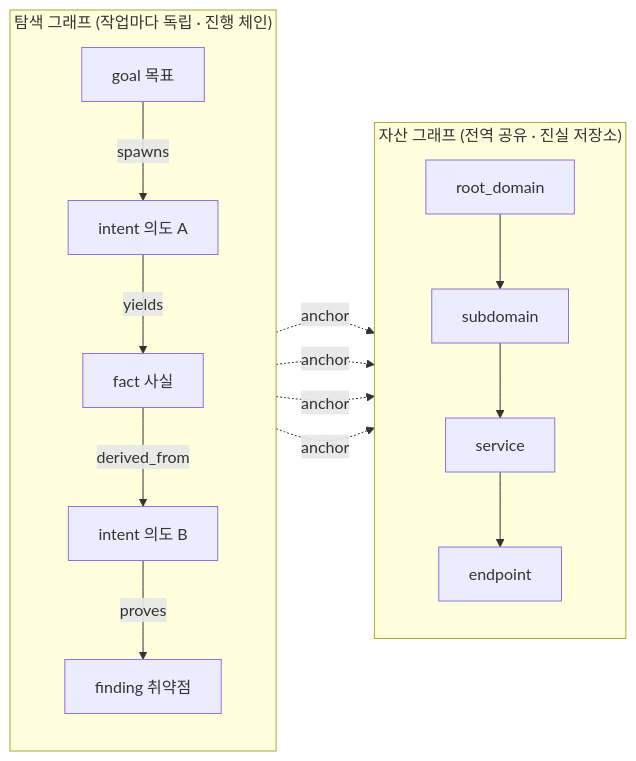
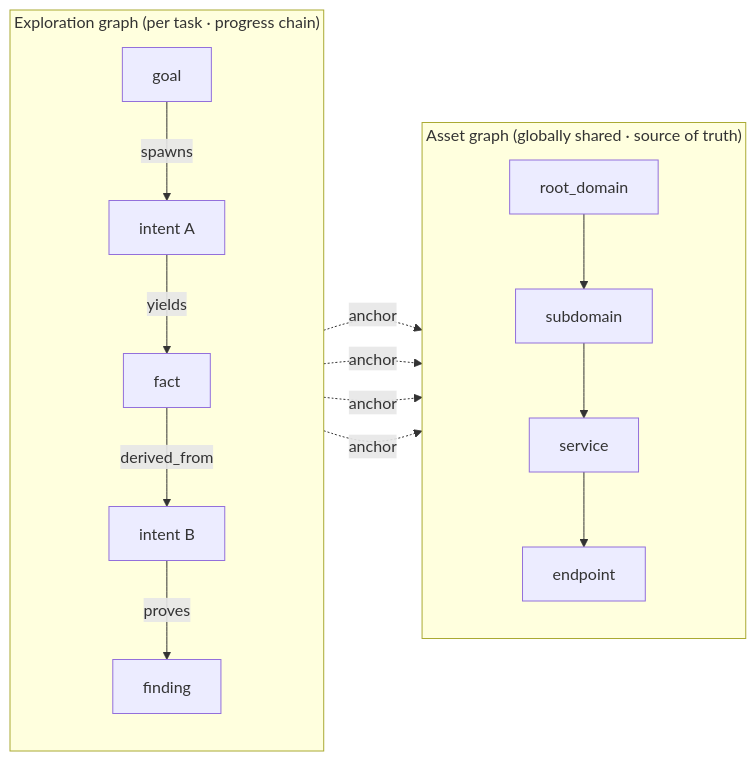
Before and after one commit to gh-agent3/artex-global: the second of 5 diagrams in README.md, drawn with Mermaid. The commit also changed other lines of this file and 44 other files, not shown here.

````diff
--- a/README.md
+++ b/README.md
@@ -247,27 +241,27 @@
 ```mermaid
 flowchart LR
-  subgraph EG["탐색 그래프 (작업마다 독립 · 진행 체인)"]
+  subgraph EG["Exploration graph (per task · progress chain)"]
     direction TB
-    G["goal 목표"]
-    I1["intent 의도 A"]
-    F1["fact 사실"]
-    I2["intent 의도 B"]
-    FD["finding 취약점"]
+    G["goal"]
+    I1["intent A"]
+    F1["fact"]
+    I2["intent B"]
+    FD["finding"]
     G -->|spawns| I1
     I1 -->|yields| F1
     F1 -->|derived_from| I2
     I2 -->|proves| FD
   end
-  subgraph AG["자산 그래프 (전역 공유 · 진실 저장소)"]
+  subgraph AG["Asset graph (globally shared · source of truth)"]
     direction TB
     RD["root_domain"]
     SD["subdomain"]
     SV["service"]
     EP["endpoint"]
     RD --> SD --> SV --> EP
   end
   I1 -. anchor .-> SD
   F1 -. anchor .-> SV
   I2 -. anchor .-> EP
   FD -. anchor .-> EP
 ```
````
